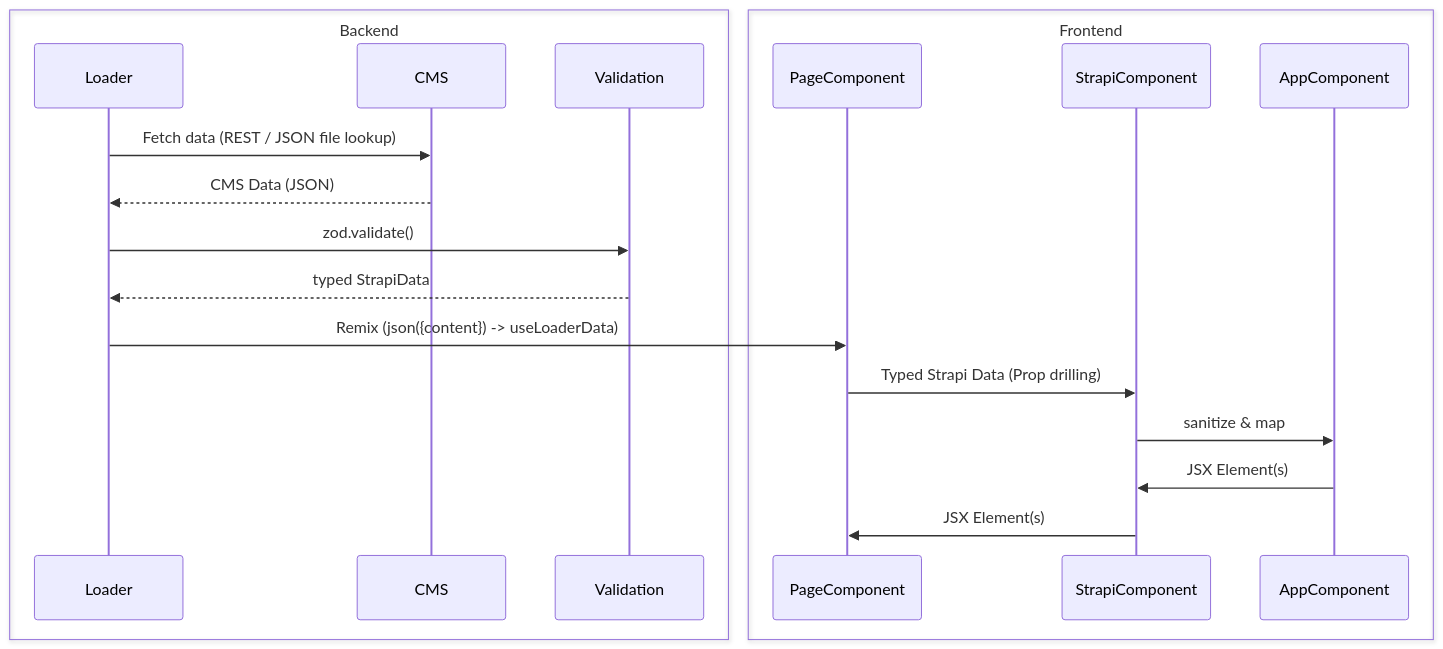
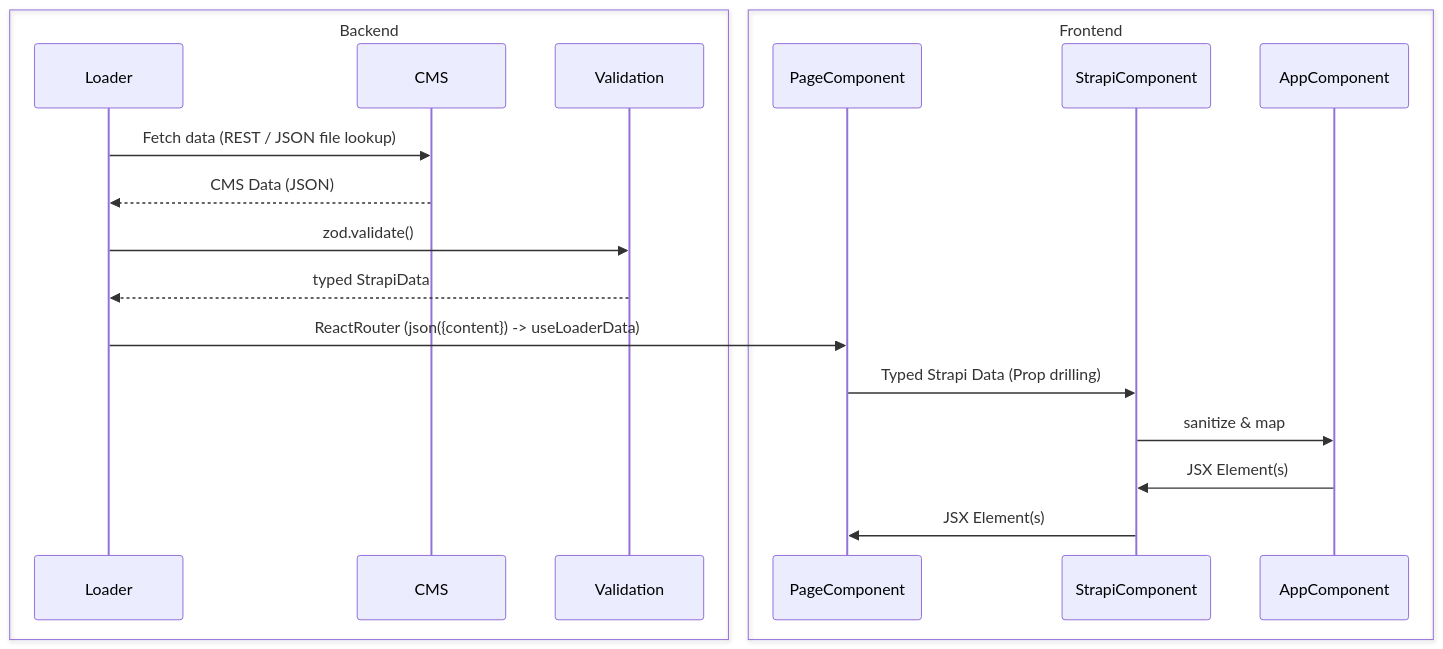
One commit to digitalservicebund/a2j-rechtsantragstelle changed the diagram in doc/componentRendering.md. Above: the diagram before and after it, drawn with Mermaid.

Commit message:
chore(docs): remix->reactRouter [skip ci]

````diff
--- a/doc/componentRendering.md
+++ b/doc/componentRendering.md
@@ -3,25 +3,25 @@
 ```mermaid
 sequenceDiagram
 
 box Backend
 participant Loader
 participant CMS
 participant Validation
 end
 
 box Frontend
 participant PageComponent
 participant StrapiComponent
 participant AppComponent
 end
 
 Loader->>CMS: Fetch data (REST / JSON file lookup)
 CMS-->>Loader: CMS Data (JSON)
 Loader->>Validation: zod.validate()
 Validation-->>Loader: typed StrapiData
-Loader->>PageComponent: Remix (json({content}) -> useLoaderData)
+Loader->>PageComponent: ReactRouter (json({content}) -> useLoaderData)
 PageComponent->>StrapiComponent: Typed Strapi Data (Prop drilling)
 StrapiComponent->>AppComponent: sanitize & map
 AppComponent->>StrapiComponent: JSX Element(s)
 StrapiComponent->>PageComponent: JSX Element(s)
 ```
````
